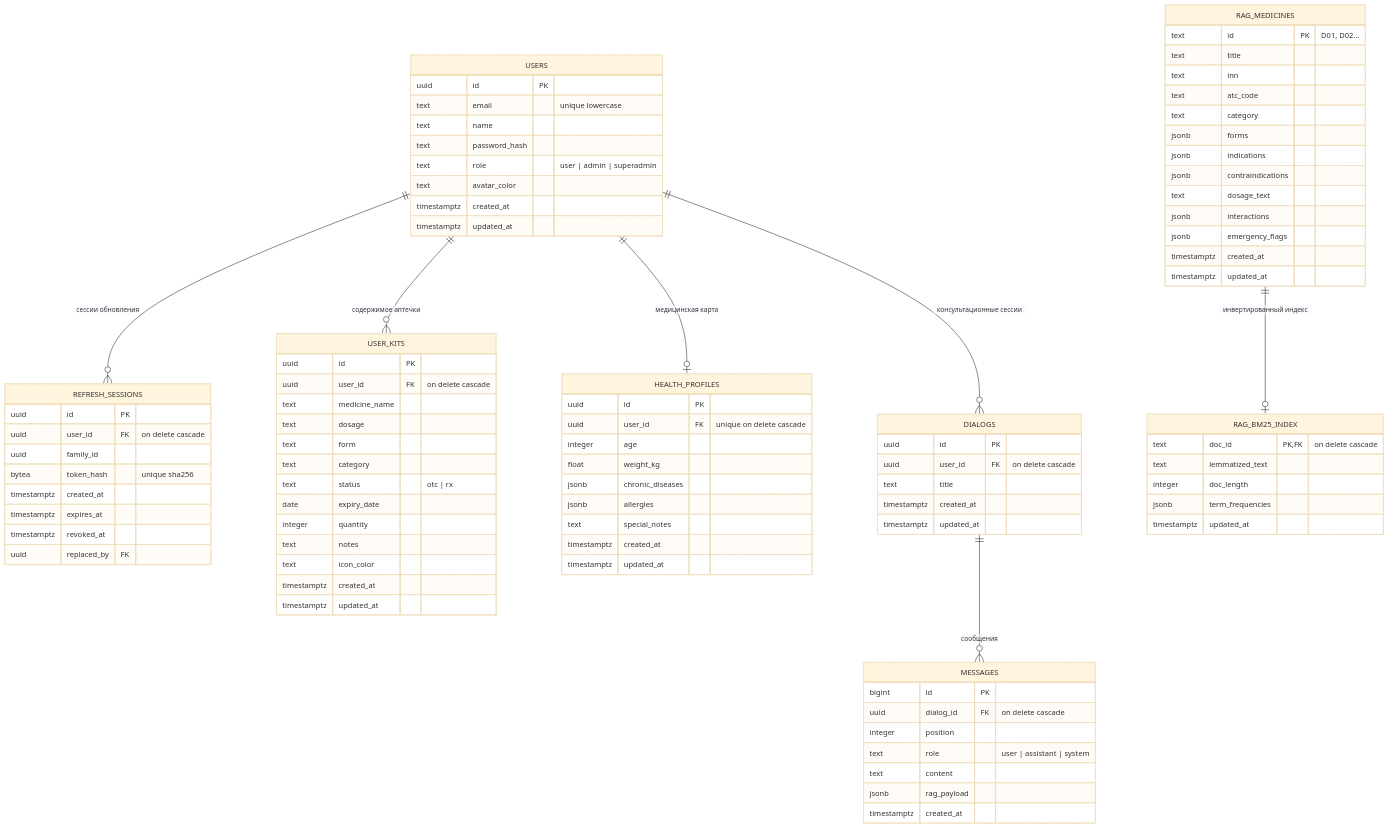
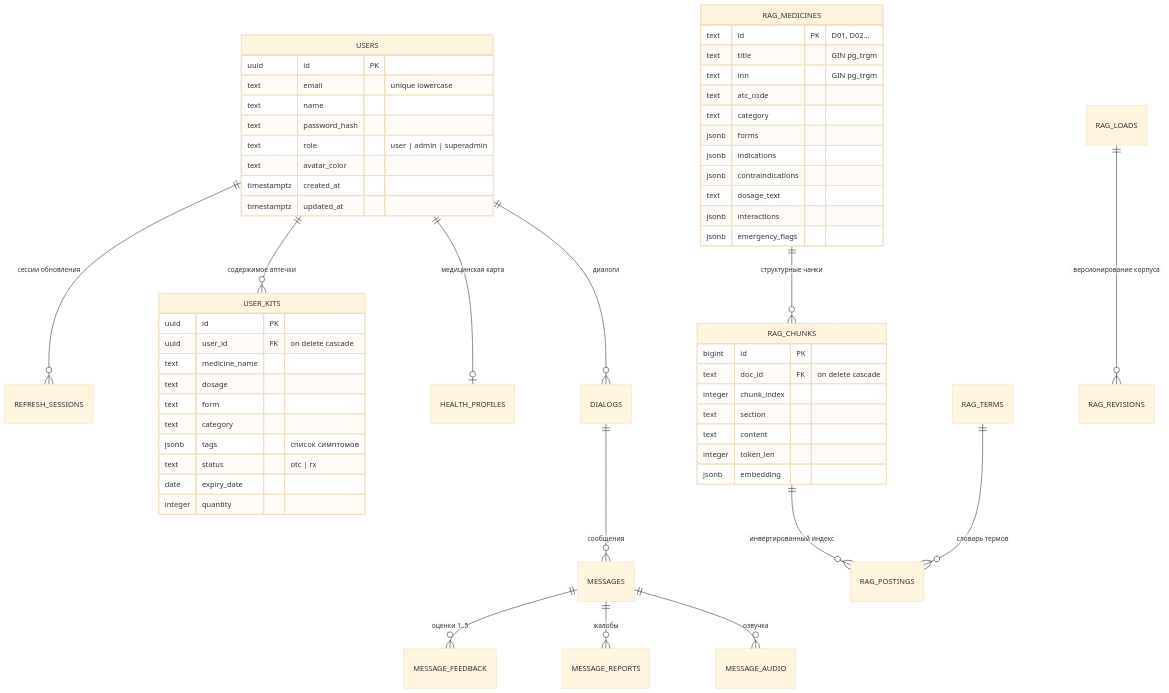
Before and after one commit to JavyBinary/smart-first-aid-kit: the diagram in docs/database.md, drawn with Mermaid (base theme). The commit also changed other lines of this file and 88 other files, not shown here.

````diff
--- a/docs/database.md
+++ b/docs/database.md
@@ -11,9 +11,15 @@
     USERS ||--o{ REFRESH_SESSIONS : "сессии обновления"
     USERS ||--o{ USER_KITS : "содержимое аптечки"
     USERS ||--o| HEALTH_PROFILES : "медицинская карта"
-    USERS ||--o{ DIALOGS : "консультационные сессии"
+    USERS ||--o{ DIALOGS : "диалоги"
     DIALOGS ||--o{ MESSAGES : "сообщения"
-    RAG_MEDICINES ||--o| RAG_BM25_INDEX : "инвертированный индекс"
+    MESSAGES ||--o{ MESSAGE_FEEDBACK : "оценки 1..5"
+    MESSAGES ||--o{ MESSAGE_REPORTS : "жалобы"
+    MESSAGES ||--o{ MESSAGE_AUDIO : "озвучка"
+    RAG_MEDICINES ||--o{ RAG_CHUNKS : "структурные чанки"
+    RAG_CHUNKS ||--o{ RAG_POSTINGS : "инвертированный индекс"
+    RAG_TERMS ||--o{ RAG_POSTINGS : "словарь термов"
+    RAG_LOADS ||--o{ RAG_REVISIONS : "версионирование корпуса"
 
     USERS {
         uuid id PK
@@ -26,17 +32,6 @@
         timestamptz updated_at
     }
 
-    REFRESH_SESSIONS {
-        uuid id PK
-        uuid user_id FK "on delete cascade"
-        uuid family_id
-        bytea token_hash "unique sha256"
-        timestamptz created_at
-        timestamptz expires_at
-        timestamptz revoked_at
-        uuid replaced_by FK
-    }
-
     USER_KITS {
         uuid id PK
         uuid user_id FK "on delete cascade"
@@ -44,49 +39,16 @@
         text dosage
         text form
         text category
+        jsonb tags "список симптомов"
         text status "otc | rx"
         date expiry_date
         integer quantity
-        text notes
-        text icon_color
-        timestamptz created_at
-        timestamptz updated_at
-    }
-
-    HEALTH_PROFILES {
-        uuid id PK
-        uuid user_id FK "unique on delete cascade"
-        integer age
-        float weight_kg
-        jsonb chronic_diseases
-        jsonb allergies
-        text special_notes
-        timestamptz created_at
-        timestamptz updated_at
-    }
-
-    DIALOGS {
-        uuid id PK
-        uuid user_id FK "on delete cascade"
-        text title
-        timestamptz created_at
-        timestamptz updated_at
-    }
-
-    MESSAGES {
-        bigint id PK
-        uuid dialog_id FK "on delete cascade"
-        integer position
-        text role "user | assistant | system"
-        text content
-        jsonb rag_payload
-        timestamptz created_at
     }
 
     RAG_MEDICINES {
         text id PK "D01, D02..."
-        text title
-        text inn
+        text title "GIN pg_trgm"
+        text inn "GIN pg_trgm"
         text atc_code
         text category
         jsonb forms
@@ -95,15 +57,15 @@
         text dosage_text
         jsonb interactions
         jsonb emergency_flags
-        timestamptz created_at
-        timestamptz updated_at
     }
 
-    RAG_BM25_INDEX {
-        text doc_id PK, FK "on delete cascade"
-        text lemmatized_text
-        integer doc_length
-        jsonb term_frequencies
-        timestamptz updated_at
+    RAG_CHUNKS {
+        bigint id PK
+        text doc_id FK "on delete cascade"
+        integer chunk_index
+        text section
+        text content
+        integer token_len
+        jsonb embedding
     }
 ```
````
